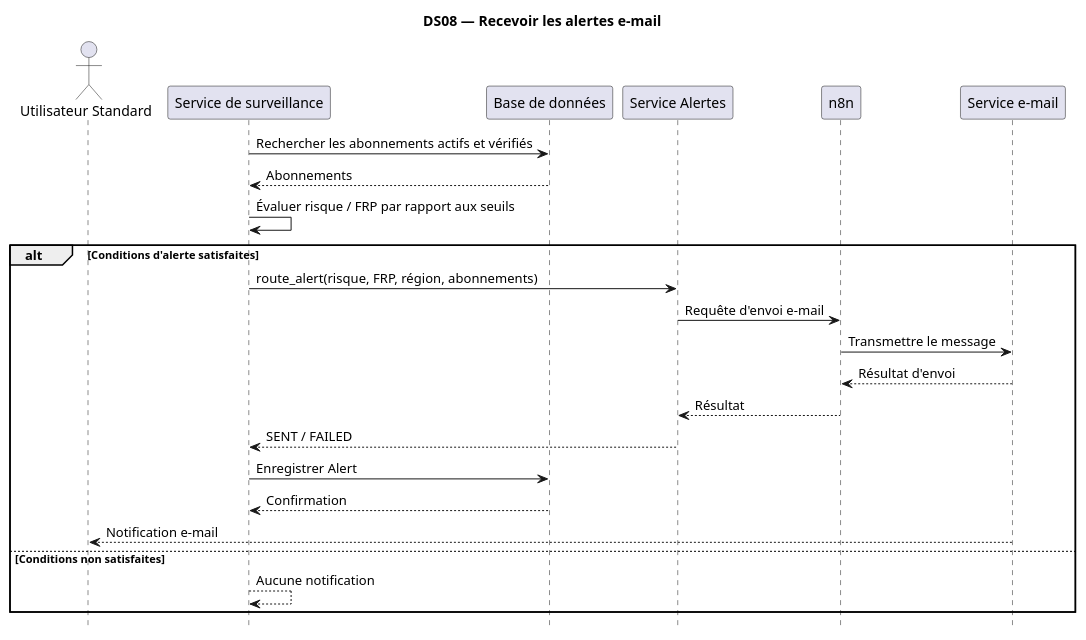
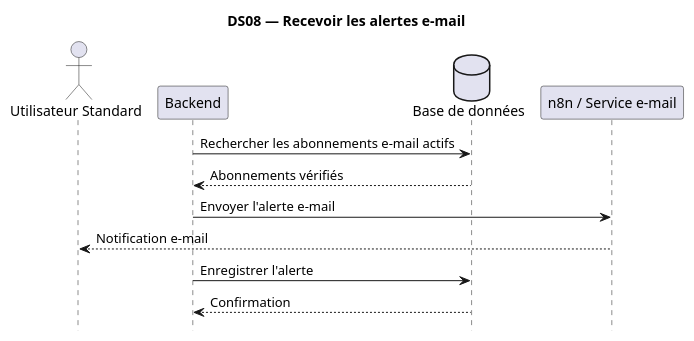
The diagram in UML_JeryMotro/DS08_Recevoir_alertes_email.plantuml (TkAbeleon/NoteAcemiqueProjetSoutenanceL3), drawn with PlantUML before and after one commit.

Commit message:
Alléger DS08 avec le service e-mail

```diff
--- a/UML_JeryMotro/DS08_Recevoir_alertes_email.plantuml
+++ b/UML_JeryMotro/DS08_Recevoir_alertes_email.plantuml
@@ -1,32 +1,19 @@
 @startuml
 
 title DS08 — Recevoir les alertes e-mail
 hide footbox
 skinparam shadowing false
 
 actor "Utilisateur Standard" as U
-participant "Service de surveillance" as S
-participant "Base de données" as DB
-participant "Service Alertes" as A
-participant "n8n" as N8N
-participant "Service e-mail" as MAIL
+participant "Backend" as B
+database "Base de données" as DB
+participant "n8n / Service e-mail" as N
 
-S -> DB : Rechercher les abonnements actifs et vérifiés
-DB --> S : Abonnements
-S -> S : Évaluer risque / FRP par rapport aux seuils
-
-alt Conditions d'alerte satisfaites
-    S -> A : route_alert(risque, FRP, région, abonnements)
-    A -> N8N : Requête d'envoi e-mail
-    N8N -> MAIL : Transmettre le message
-    MAIL --> N8N : Résultat d'envoi
-    N8N --> A : Résultat
-    A --> S : SENT / FAILED
-    S -> DB : Enregistrer Alert
-    DB --> S : Confirmation
-    MAIL --> U : Notification e-mail
-else Conditions non satisfaites
-    S --> S : Aucune notification
-end
+B -> DB : Rechercher les abonnements e-mail actifs
+DB --> B : Abonnements vérifiés
+B -> N : Envoyer l'alerte e-mail
+N --> U : Notification e-mail
+B -> DB : Enregistrer l'alerte
+DB --> B : Confirmation
 
 @enduml
```
